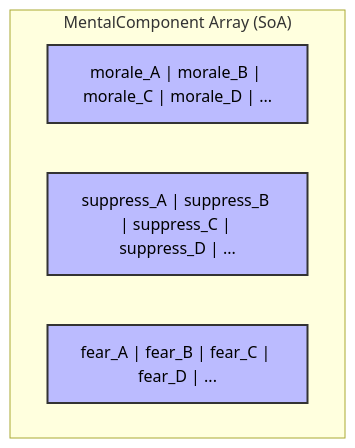
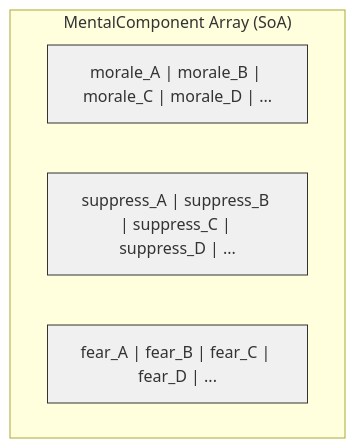
Before and after one commit to jukofyork/close-combat-architecture-study: the seventh of 8 diagrams in appendix_b_unit_attribute_systems.md, drawn with Mermaid. The commit also changed other lines of this file and 15 other files, not shown here.

````diff
--- a/appendix_b_unit_attribute_systems.md
+++ b/appendix_b_unit_attribute_systems.md
@@ -1760,12 +1760,12 @@
 ```mermaid
 flowchart TB
     subgraph MentalComponent["MentalComponent Array (SoA)"]
         M1["morale_A | morale_B | morale_C | morale_D | ..."]
         M2["suppress_A | suppress_B | suppress_C | suppress_D | ..."]
         M3["fear_A | fear_B | fear_C | fear_D | ..."]
     end
 
-    classDef default fill:#f9f,stroke:#333,stroke-width:2px,color:#000
-    classDef data fill:#bbf,stroke:#333,stroke-width:2px,color:#000
-    class M1,M2,M3 data
+    classDef default fill:#fff,stroke:#000,stroke-width:1px
+    classDef light fill:#f0f0f0,stroke:#333,stroke-width:1px
+    class M1,M2,M3 light
 ```
````
